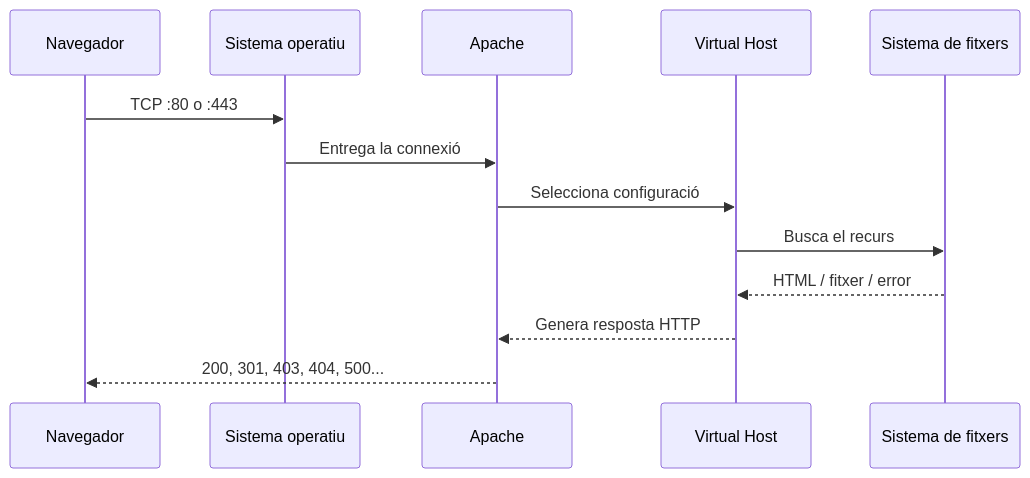
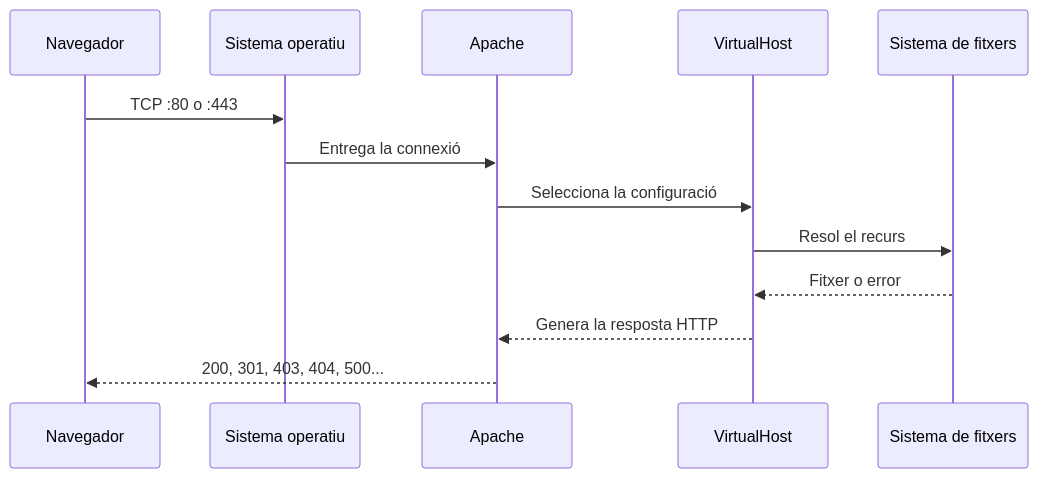
The diagram in docs/daw-daw/up2/01-parametres-servidor.md (jordicido/jordicina), drawn with Mermaid before and after one commit. The commit also changed other lines of this file and 1 other file, not shown here.

````diff
--- a/docs/daw-daw/up2/01-parametres-servidor.md
+++ b/docs/daw-daw/up2/01-parametres-servidor.md
@@ -31,16 +71,16 @@
 ```mermaid
 sequenceDiagram
     participant B as Navegador
     participant SO as Sistema operatiu
     participant A as Apache
-    participant VH as Virtual Host
+    participant VH as VirtualHost
     participant FS as Sistema de fitxers
 
     B->>SO: TCP :80 o :443
     SO->>A: Entrega la connexió
-    A->>VH: Selecciona configuració
-    VH->>FS: Busca el recurs
-    FS-->>VH: HTML / fitxer / error
-    VH-->>A: Genera resposta HTTP
+    A->>VH: Selecciona la configuració
+    VH->>FS: Resol el recurs
+    FS-->>VH: Fitxer o error
+    VH-->>A: Genera la resposta HTTP
     A-->>B: 200, 301, 403, 404, 500...
 ```
````
